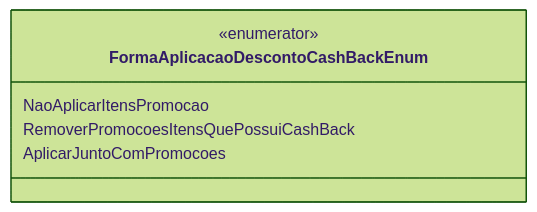
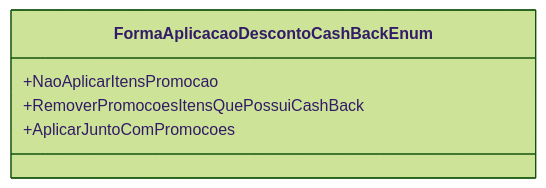
Before and after one commit to IsthmusSistemas/documentacao-tecnica: the diagram in docs/b2b-dominio/IsthmusWinthor.Nucleo/IsthmusWinthor.Dominio/Enumeradores/FormaAplicacaoDescontoCashBackEnum.md, drawn with Mermaid (forest theme). The commit also changed other lines of this file and 882 other files, not shown here.

````diff
--- a/docs/b2b-dominio/IsthmusWinthor.Nucleo/IsthmusWinthor.Dominio/Enumeradores/FormaAplicacaoDescontoCashBackEnum.md
+++ b/docs/b2b-dominio/IsthmusWinthor.Nucleo/IsthmusWinthor.Dominio/Enumeradores/FormaAplicacaoDescontoCashBackEnum.md
@@ -11,9 +12,8 @@
 ```mermaid
 classDiagram
     class FormaAplicacaoDescontoCashBackEnum {
-        <<enumerator>>
-        NaoAplicarItensPromocao
-        RemoverPromocoesItensQuePossuiCashBack
-        AplicarJuntoComPromocoes
+        +NaoAplicarItensPromocao
+        +RemoverPromocoesItensQuePossuiCashBack
+        +AplicarJuntoComPromocoes
     }
 ```
````
